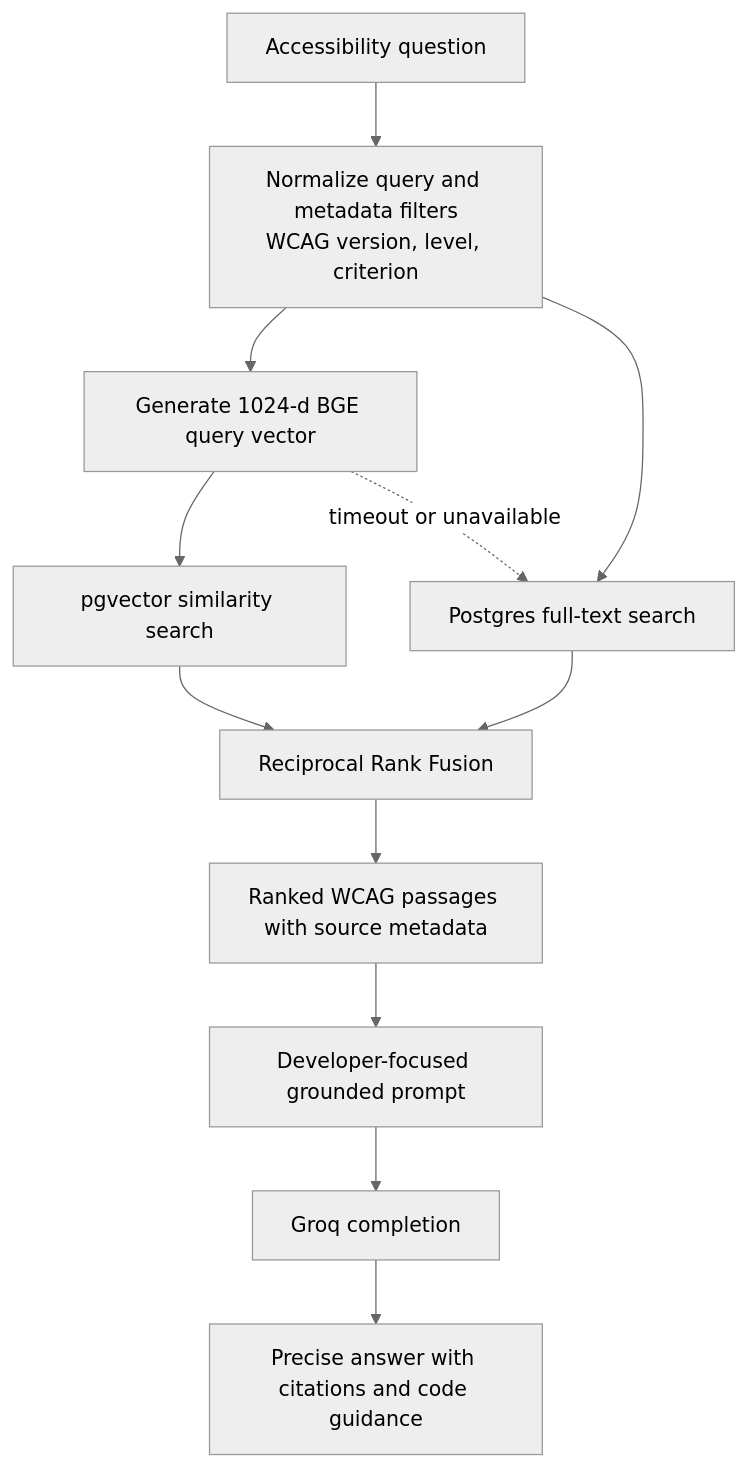
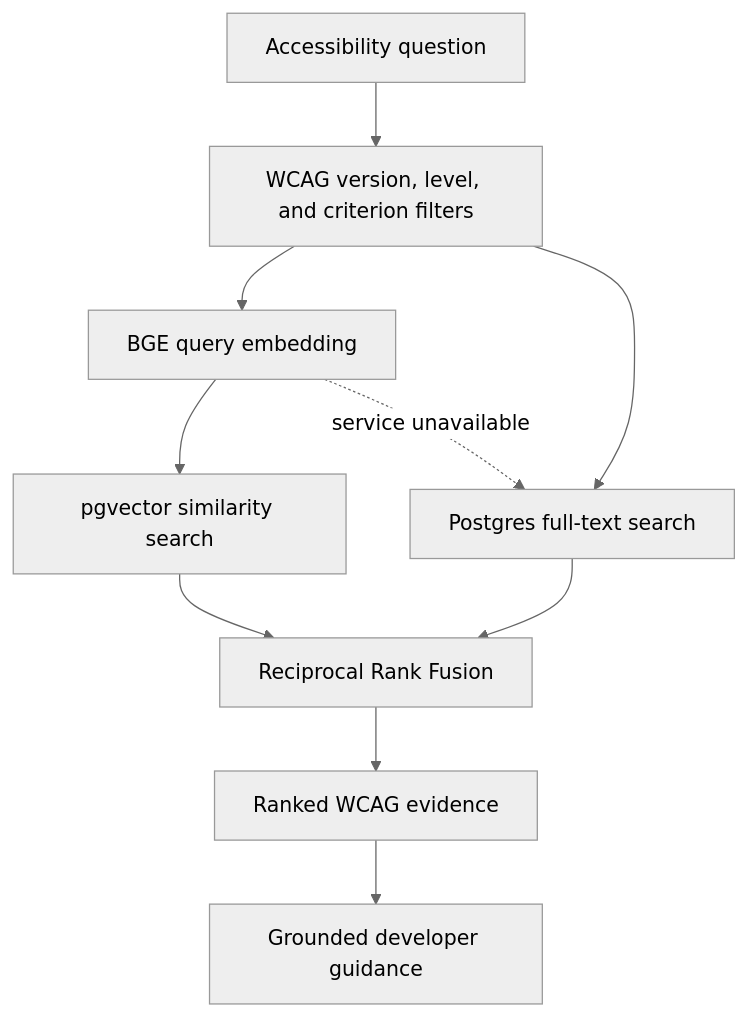
Before and after one commit to iaamar/ally: the fourth of 5 diagrams in README.md, drawn with Mermaid (neutral theme). The commit also changed other lines of this file, not shown here.

Commit message:
Position Ally MCP as an enterprise service

````diff
--- a/README.md
+++ b/README.md
@@ -328,15 +223,13 @@
 ```mermaid
 flowchart TD
-    Q["Accessibility question"] --> FILTER["Normalize query and metadata filters<br/>WCAG version, level, criterion"]
-    FILTER --> EMBED["Generate 1024-d BGE query vector"]
-    FILTER --> FTS["Postgres full-text search"]
+    QUERY["Accessibility question"] --> FILTER["WCAG version, level, and criterion filters"]
+    FILTER --> EMBED["BGE query embedding"]
+    FILTER --> KEYWORD["Postgres full-text search"]
     EMBED --> VECTOR["pgvector similarity search"]
-    VECTOR --> RRF["Reciprocal Rank Fusion"]
-    FTS --> RRF
-    RRF --> CONTEXT["Ranked WCAG passages with source metadata"]
-    CONTEXT --> PROMPT["Developer-focused grounded prompt"]
-    PROMPT --> GROQ["Groq completion"]
-    GROQ --> ANSWER["Precise answer with citations and code guidance"]
+    VECTOR --> FUSION["Reciprocal Rank Fusion"]
+    KEYWORD --> FUSION
+    FUSION --> CONTEXT["Ranked WCAG evidence"]
+    CONTEXT --> RESPONSE["Grounded developer guidance"]
 
-    EMBED -. "timeout or unavailable" .-> FTS
+    EMBED -. "service unavailable" .-> KEYWORD
 ```
````
